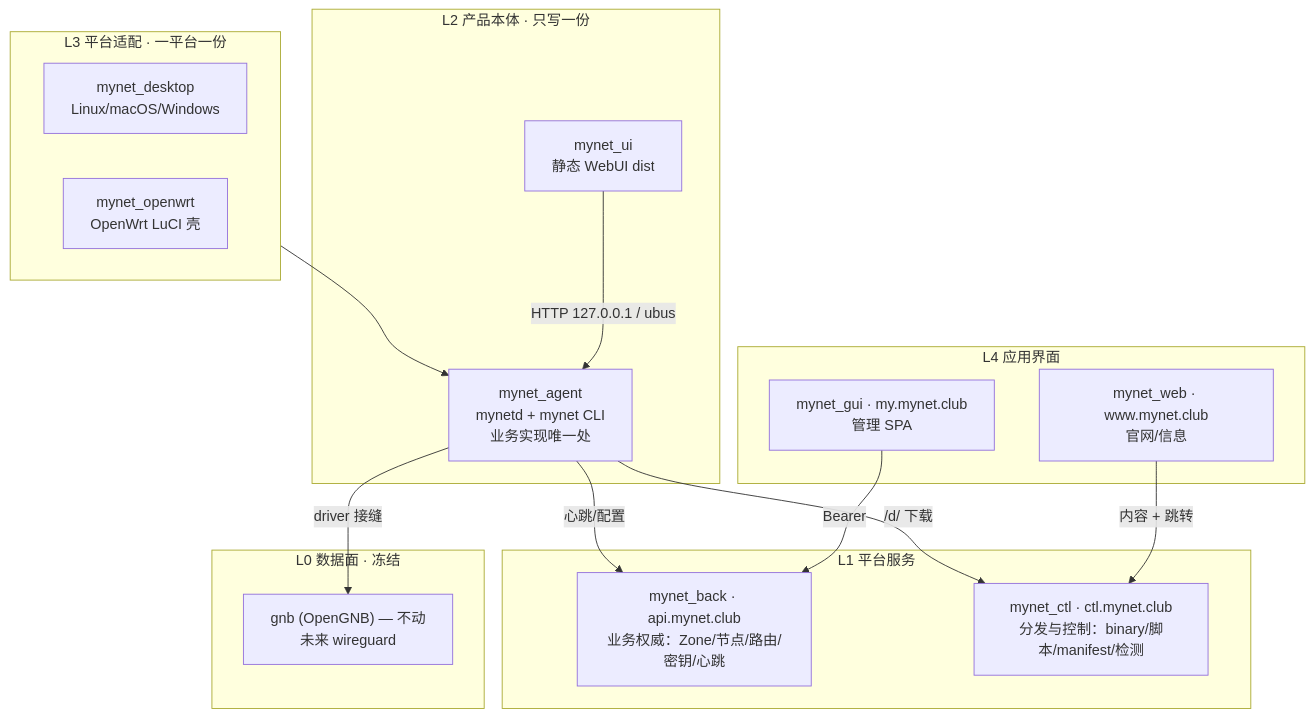
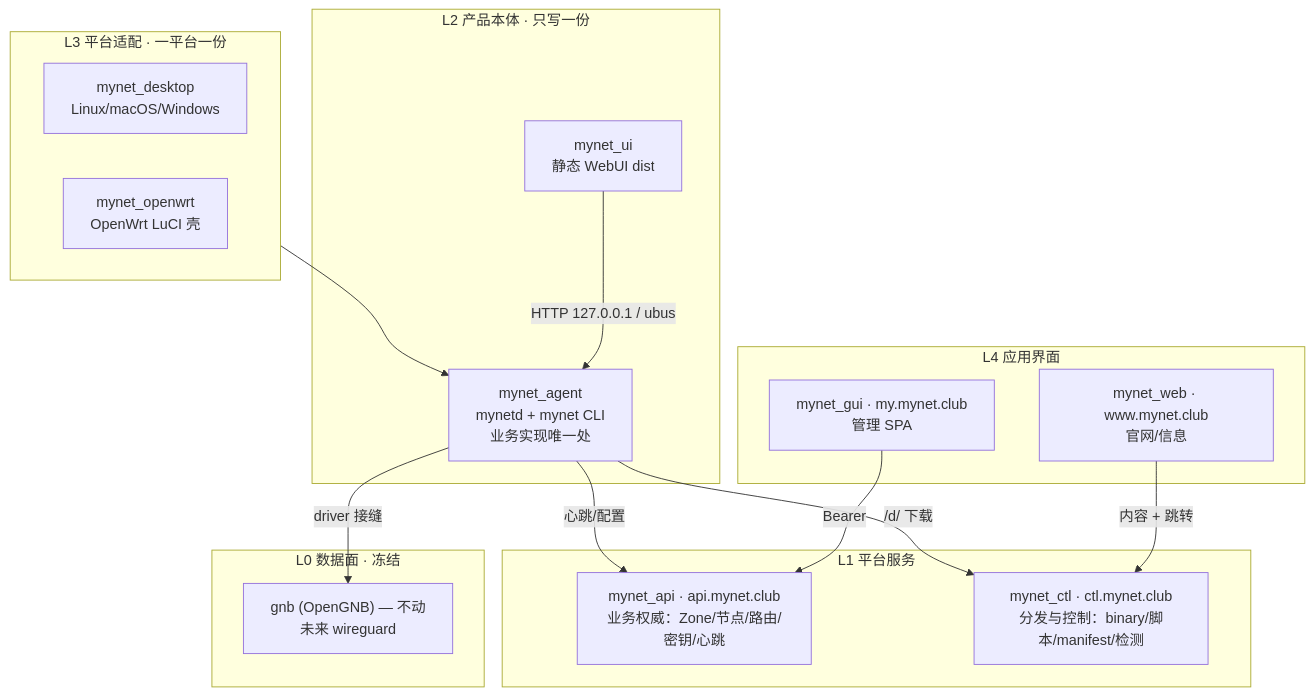
The diagram in docs/knowledge-base/integration-plan-v2.md (mynet-club/mynet_ctl), drawn with Mermaid before and after one commit. The commit also changed other lines of this file and 21 other files, not shown here.

First line of the commit message:
docs: mynet_back → mynet_api 改名传播

````diff
--- a/docs/knowledge-base/integration-plan-v2.md
+++ b/docs/knowledge-base/integration-plan-v2.md
@@ -38,30 +38,30 @@
 ```mermaid
 flowchart TB
   subgraph L4["L4 应用界面"]
     GUI["mynet_gui · my.mynet.club<br/>管理 SPA"]
     WEB["mynet_web · www.mynet.club<br/>官网/信息"]
   end
   subgraph L3["L3 平台适配 · 一平台一份"]
     DESK["mynet_desktop<br/>Linux/macOS/Windows"]
     OWRT["mynet_openwrt<br/>OpenWrt LuCI 壳"]
   end
   subgraph L2["L2 产品本体 · 只写一份"]
     AGENT["mynet_agent<br/>mynetd + mynet CLI<br/>业务实现唯一处"]
     UI["mynet_ui<br/>静态 WebUI dist"]
   end
   subgraph L1["L1 平台服务"]
-    BACK["mynet_back · api.mynet.club<br/>业务权威：Zone/节点/路由/密钥/心跳"]
+    BACK["mynet_api · api.mynet.club<br/>业务权威：Zone/节点/路由/密钥/心跳"]
     CTL["mynet_ctl · ctl.mynet.club<br/>分发与控制：binary/脚本/manifest/检测"]
   end
   subgraph L0["L0 数据面 · 冻结"]
     GNB["gnb (OpenGNB) — 不动<br/>未来 wireguard"]
   end
 
   GUI -->|Bearer| BACK
   WEB -->|内容 + 跳转| CTL
   L3 --> AGENT
   UI -->|"HTTP 127.0.0.1 / ubus"| AGENT
   AGENT -->|心跳/配置| BACK
   AGENT -->|/d/ 下载| CTL
   AGENT -->|"driver 接缝"| GNB
 ```
````
